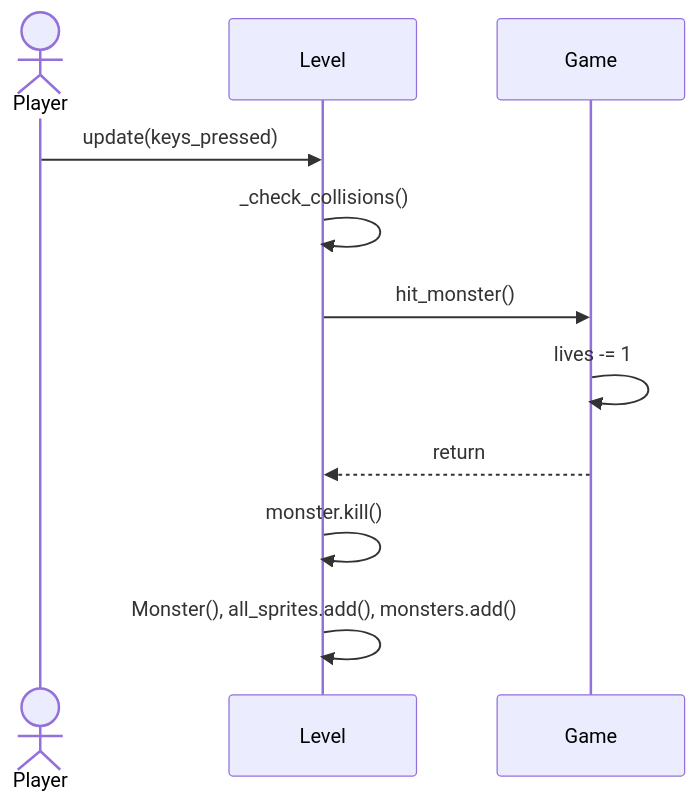
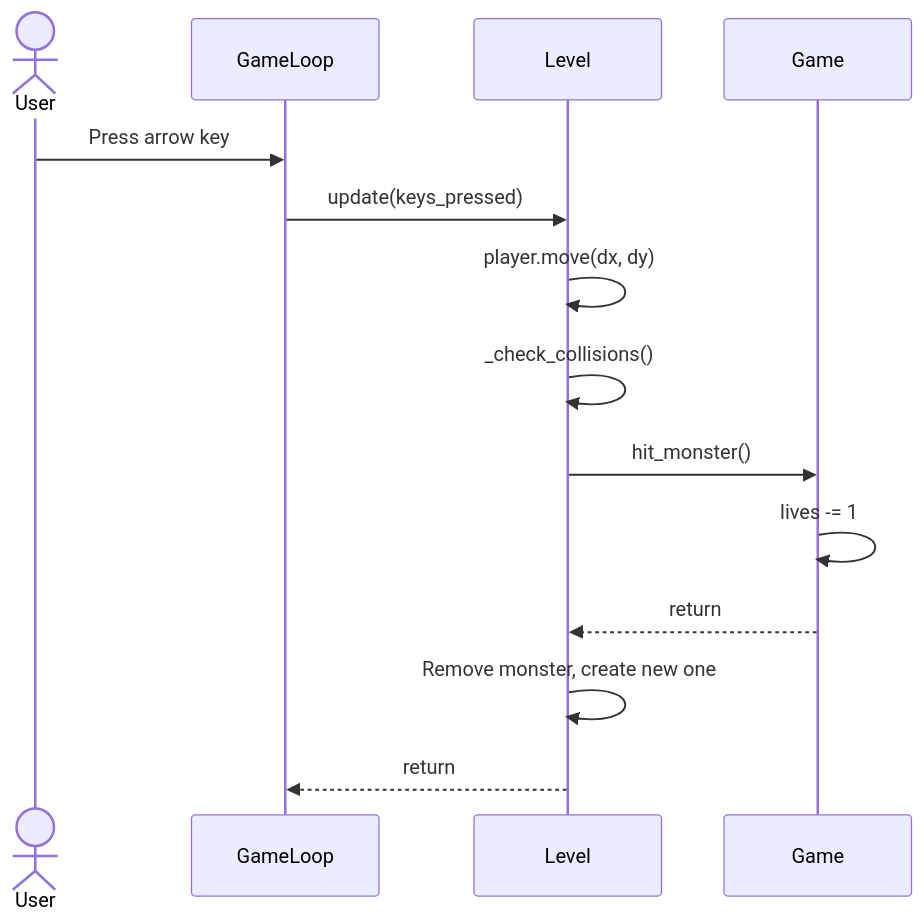
Before and after one commit to hodelma/ot-harjoitustyo: the third of 4 diagrams in coin-collecter-app/dokumentaatio/arkkitehtuuri.md, drawn with Mermaid. The commit also changed other lines of this file, not shown here.

Commit message:
Update descriptions and diagram details in arkkitehtuuri.md

````diff
--- a/coin-collecter-app/dokumentaatio/arkkitehtuuri.md
+++ b/coin-collecter-app/dokumentaatio/arkkitehtuuri.md
@@ -84,14 +146,17 @@
 ```mermaid
 sequenceDiagram
-    actor Player
+    actor User
+    participant GameLoop
     participant Level
     participant Game
 
-    Player->>Level: update(keys_pressed)
+    User->>GameLoop: Press arrow key
+    GameLoop->>Level: update(keys_pressed)
+    Level->>Level: player.move(dx, dy)
     Level->>Level: _check_collisions()
     Level->>Game: hit_monster()
     Game->>Game: lives -= 1
     Game-->>Level: return
-    Level->>Level: monster.kill()
-    Level->>Level: Monster(), all_sprites.add(), monsters.add()
+    Level->>Level: Remove monster, create new one
+    Level-->>GameLoop: return
 ```
````
